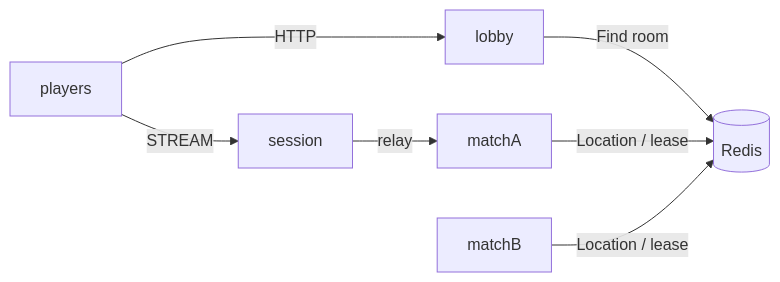
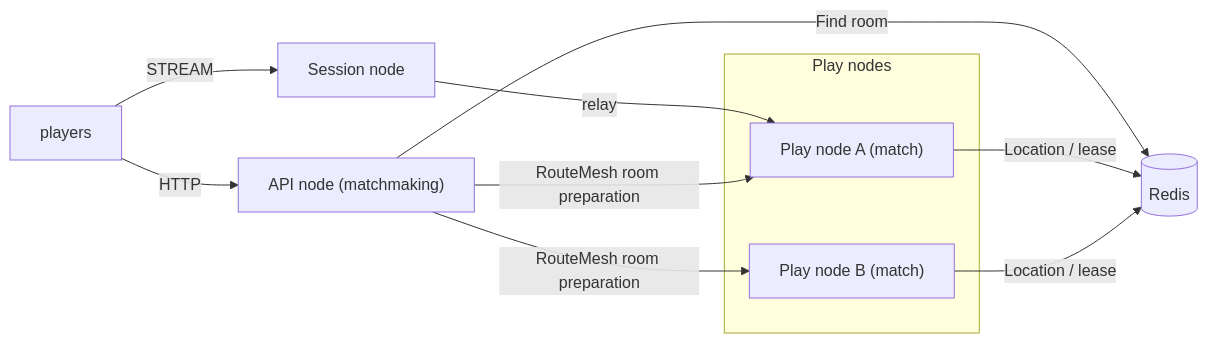
The diagram in framework/languages/cpp/templates/match-http-lobby/my-game/README.md (zlink-systems/zlink), drawn with Mermaid before and after one commit. The commit also changed other lines of this file and 223 other files, not shown here.

First line of the commit message:
docs(templates): 모든 템플릿의 노드 이름을 Session node · Play node · API node로 (#5350)

````diff
--- a/framework/languages/cpp/templates/match-http-lobby/my-game/README.md
+++ b/framework/languages/cpp/templates/match-http-lobby/my-game/README.md
@@ -5,9 +5,15 @@
 ```mermaid
 flowchart LR
-  players -->|HTTP| lobby
-  players -->|STREAM| session
+  subgraph playNodes["Play nodes"]
+    matchA["Play node A (match)"]
+    matchB["Play node B (match)"]
+  end
+  players -->|STREAM| session["Session node"]
   session -->|relay| matchA
   lobby -->|Find room| location[(Redis)]
   matchA -->|Location / lease| location
   matchB -->|Location / lease| location
+  players -->|HTTP| lobby["API node (matchmaking)"]
+  lobby -->|RouteMesh room preparation| matchA
+  lobby -->|RouteMesh room preparation| matchB
 ```
````
